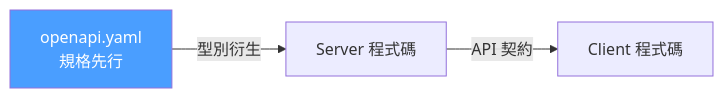
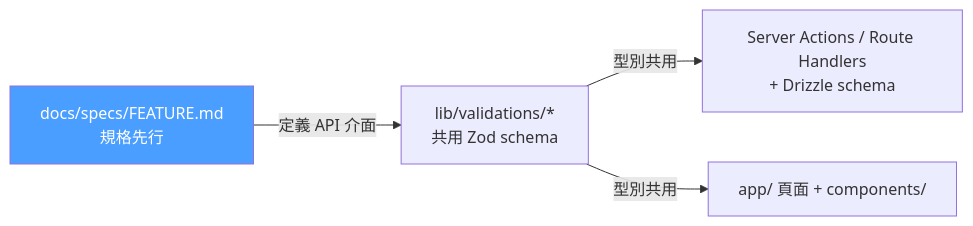
The second of 4 diagrams in docs/diagrams/epic-pipeline.md (cloud-f1/shutien-p2-lab3-nexjs-template), drawn with Mermaid before and after one commit. The commit also changed other lines of this file and 71 other files, not shown here.

````diff
--- a/docs/diagrams/epic-pipeline.md
+++ b/docs/diagrams/epic-pipeline.md
@@ -40,11 +40,13 @@
 ```mermaid
 graph LR
-    OA["openapi.yaml<br/>規格先行"]
-    SC["Server 程式碼"]
-    CC["Client 程式碼"]
+    SPEC["docs/specs/FEATURE.md<br/>規格先行"]
+    ZOD["lib/validations/*<br/>共用 Zod schema"]
+    SRV["Server Actions / Route Handlers<br/>+ Drizzle schema"]
+    UI["app/ 頁面 + components/"]
 
-    OA -->|"型別衍生"| SC
-    SC -->|"API 契約"| CC
+    SPEC -->|"定義 API 介面"| ZOD
+    ZOD -->|"型別共用"| SRV
+    ZOD -->|"型別共用"| UI
 
-    style OA fill:#4a9eff,color:#fff
+    style SPEC fill:#4a9eff,color:#fff
 ```
````
